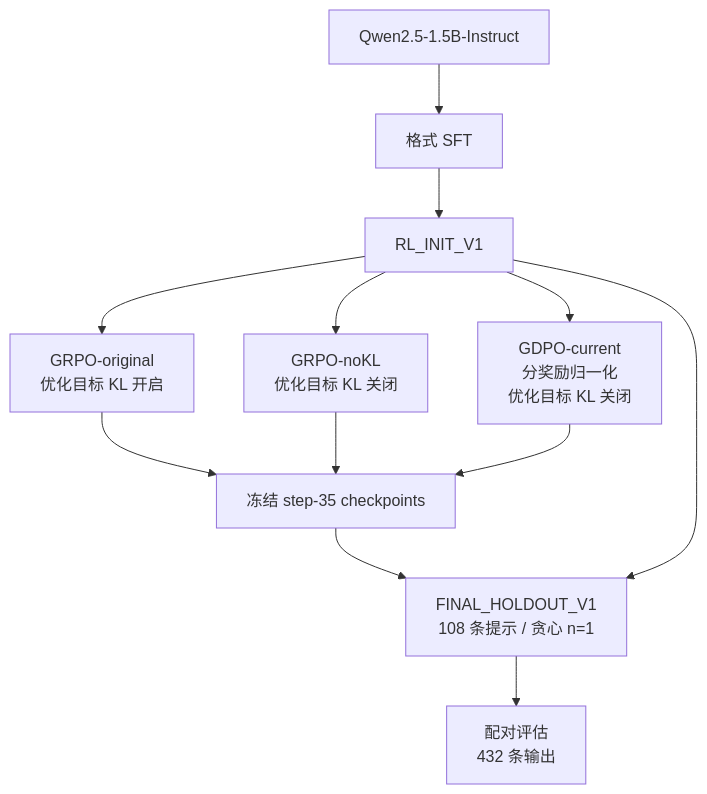
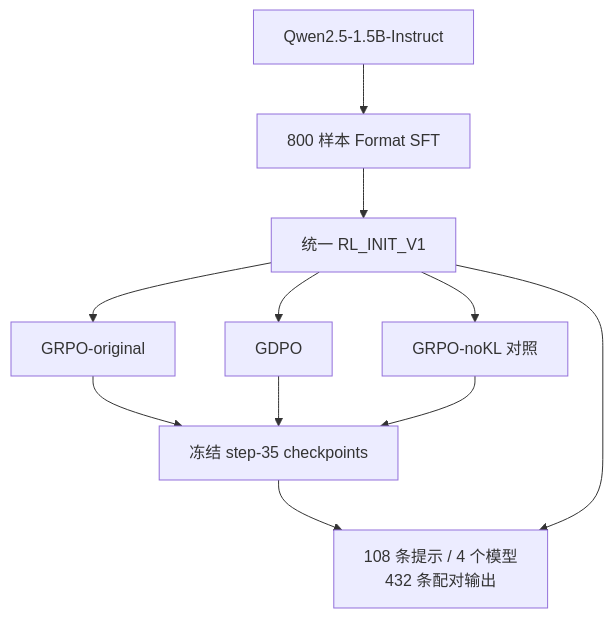
The diagram in README.zh-CN.md (Kk111777/ToolPostTrain), drawn with Mermaid before and after one commit. The commit also changed other lines of this file and 5 other files, not shown here.

````diff
--- a/README.zh-CN.md
+++ b/README.zh-CN.md
@@ -55,14 +42,13 @@
 ```mermaid
 flowchart TD
-    Base["Qwen2.5-1.5B-Instruct"] --> SFT["格式 SFT"]
-    SFT --> Init["RL_INIT_V1"]
-    Init --> Original["GRPO-original<br/>优化目标 KL 开启"]
-    Init --> NoKL["GRPO-noKL<br/>优化目标 KL 关闭"]
-    Init --> GDPO["GDPO-current<br/>分奖励归一化<br/>优化目标 KL 关闭"]
+    Base["Qwen2.5-1.5B-Instruct"] --> SFT["800 样本 Format SFT"]
+    SFT --> Init["统一 RL_INIT_V1"]
+    Init --> Original["GRPO-original"]
+    Init --> GDPO["GDPO"]
+    Init --> NoKL["GRPO-noKL 对照"]
     Original --> Frozen["冻结 step-35 checkpoints"]
+    GDPO --> Frozen
     NoKL --> Frozen
-    GDPO --> Frozen
-    Frozen --> Eval["FINAL_HOLDOUT_V1<br/>108 条提示 / 贪心 n=1"]
+    Frozen --> Eval["108 条提示 / 4 个模型<br/>432 条配对输出"]
     Init --> Eval
-    Eval --> Paired["配对评估<br/>432 条输出"]
 ```
````
